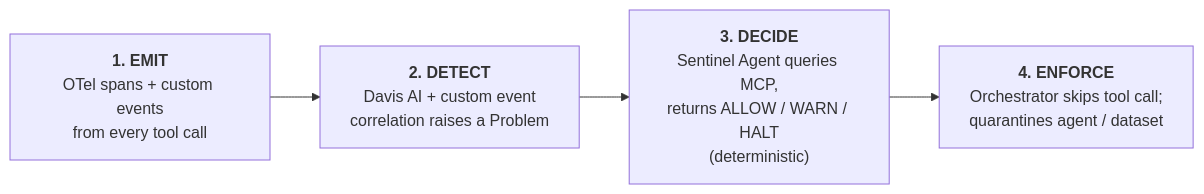
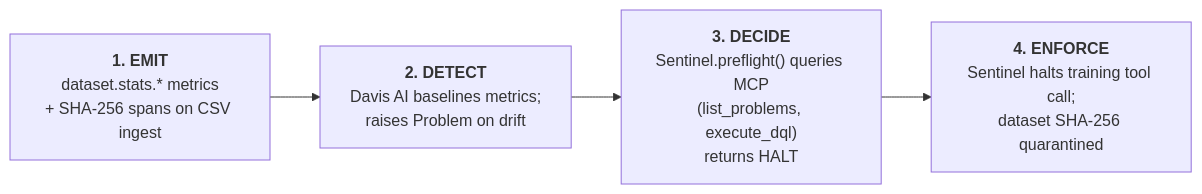
Before and after one commit to MichaelPaonam/sentinelds: the second of 3 diagrams in README.md, drawn with Mermaid. The commit also changed other lines of this file, not shown here.

Commit message:
currently MCP unreachable. updated README to reflect it.

````diff
--- a/README.md
+++ b/README.md
@@ -43,9 +59,9 @@
 ```mermaid
 flowchart LR
-    E["<b>1. EMIT</b>\nOTel spans + custom events\nfrom every tool call"]
-    D["<b>2. DETECT</b>\nDavis AI + custom event\ncorrelation raises a Problem"]
-    De["<b>3. DECIDE</b>\nSentinel Agent queries MCP,\nreturns ALLOW / WARN / HALT\n(deterministic)"]
-    En["<b>4. ENFORCE</b>\nOrchestrator skips tool call;\nquarantines agent / dataset"]
+    E["<b>1. EMIT</b>\ndataset.stats.* metrics\n+ SHA-256 spans on CSV ingest"]
+    D["<b>2. DETECT</b>\nDavis AI baselines metrics;\nraises Problem on drift"]
+    De["<b>3. DECIDE</b>\nSentinel.preflight() queries MCP\n(list_problems, execute_dql)\nreturns HALT"]
+    En["<b>4. ENFORCE</b>\nSentinel halts training tool call;\ndataset SHA-256 quarantined"]
 
     E --> D --> De --> En
 ```
````
